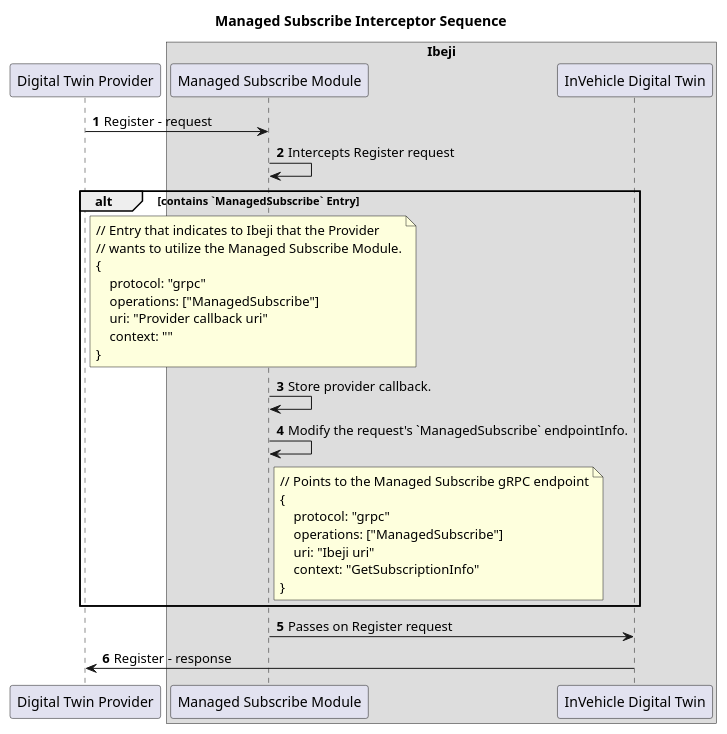
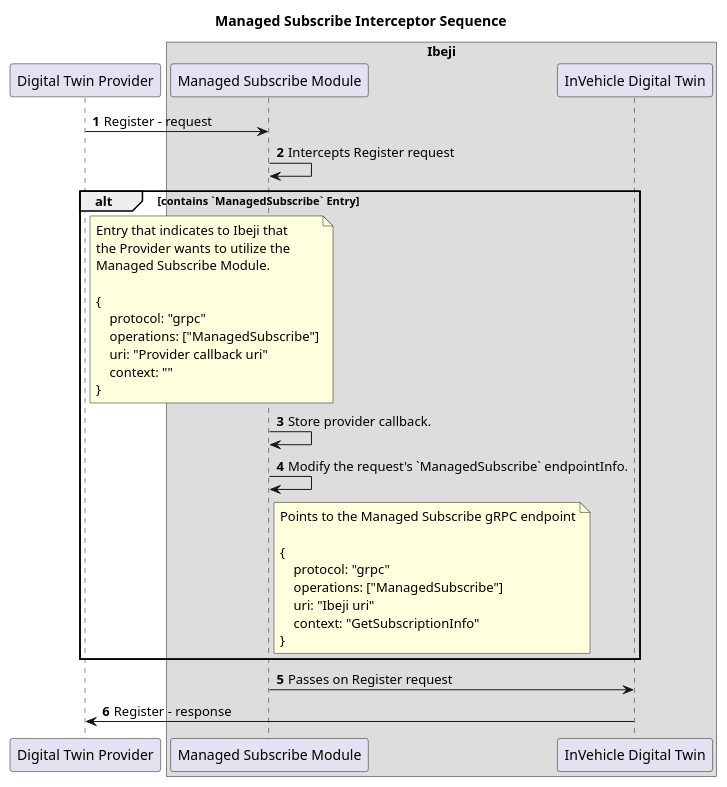
One commit to eclipse-ibeji/ibeji changed the diagram in docs/design/diagrams/managed_subscribe_interceptor_sequence.puml. Above: the diagram before and after it, drawn with PlantUML. The commit also changed 7 other files, not shown here.

Commit message:
Update diagrams

```diff
--- a/docs/design/diagrams/managed_subscribe_interceptor_sequence.puml
+++ b/docs/design/diagrams/managed_subscribe_interceptor_sequence.puml
@@ -1,40 +1,43 @@
 @startuml Managed Subscribe Interceptor
 title Managed Subscribe Interceptor Sequence
 participant "Digital Twin Provider" as DTProvider
 box "Ibeji"
 participant "Managed Subscribe Module" as ManagedSubscribeModule
 participant "InVehicle Digital Twin" as Ibeji
 end box
 
 autonumber
 
 DTProvider -> ManagedSubscribeModule: Register - request
 ManagedSubscribeModule -> ManagedSubscribeModule: Intercepts Register request
 
 alt contains `ManagedSubscribe` Entry
 note right of DTProvider
-// Entry that indicates to Ibeji that the Provider
-// wants to utilize the Managed Subscribe Module.
+Entry that indicates to Ibeji that
+the Provider wants to utilize the
+Managed Subscribe Module.
+
 {
     protocol: "grpc"
     operations: ["ManagedSubscribe"]
     uri: "Provider callback uri"
     context: ""
 }
 end note
 ManagedSubscribeModule -> ManagedSubscribeModule: Store provider callback.
 ManagedSubscribeModule -> ManagedSubscribeModule: Modify the request's `ManagedSubscribe` endpointInfo.
 note right of ManagedSubscribeModule
-// Points to the Managed Subscribe gRPC endpoint
+Points to the Managed Subscribe gRPC endpoint
+
 {
     protocol: "grpc"
     operations: ["ManagedSubscribe"]
     uri: "Ibeji uri"
     context: "GetSubscriptionInfo"
 }
 end note
 end
 
 Ibeji <- ManagedSubscribeModule: Passes on Register request
 Ibeji -> DTProvider: Register - response
 @enduml
```
